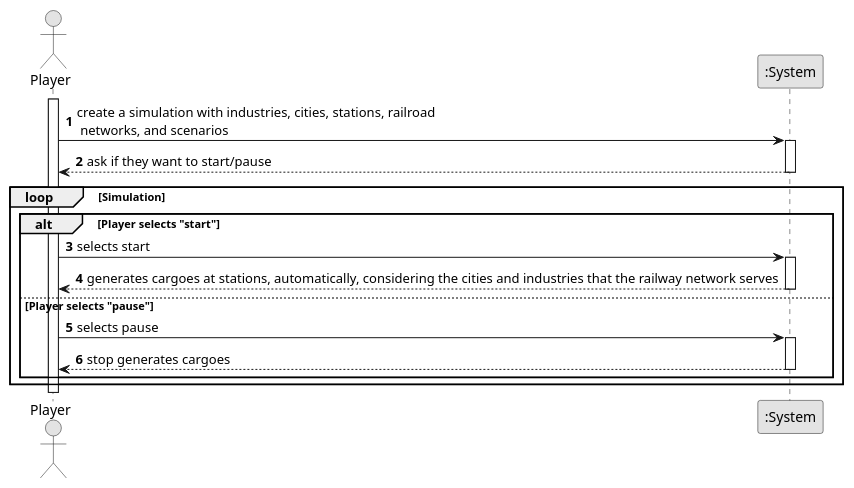
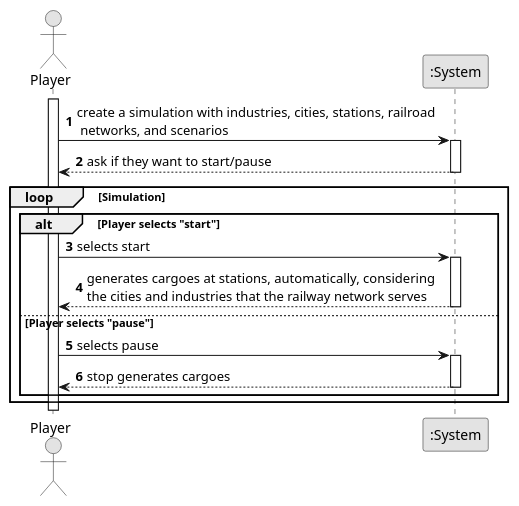
One commit to 1240826/empire-on-tracks changed the diagram in docs/system-documentation/US012/01.requirements-engineering/puml/US012-SSD.puml. Above: the diagram before and after it, drawn with PlantUML. The commit also changed 2 other files, not shown here.

```diff
--- a/docs/system-documentation/US012/01.requirements-engineering/puml/US012-SSD.puml
+++ b/docs/system-documentation/US012/01.requirements-engineering/puml/US012-SSD.puml
@@ -1,34 +1,34 @@
 @startuml
 skinparam monochrome true
 skinparam packageStyle rectangle
 skinparam shadowing false
 
 autonumber
 
 actor "Player" as Owner
 participant ":System" as System
 
 activate Owner
 
     Owner -> System : create a simulation with industries, cities, stations, railroad \n networks, and scenarios
     activate System
         System --> Owner : ask if they want to start/pause
     deactivate System
 
     loop Simulation
         alt Player selects "start"
             Owner -> System : selects start
             activate System
 
-                System --> Owner : generates cargoes at stations, automatically, considering the cities and industries that the railway network serves
+                System --> Owner : generates cargoes at stations, automatically, considering \nthe cities and industries that the railway network serves
             deactivate System
         else Player selects "pause"
             Owner -> System : selects pause
             activate System
 
                 System --> Owner : stop generates cargoes
             deactivate System
         end
     end
 
 @enduml
```
